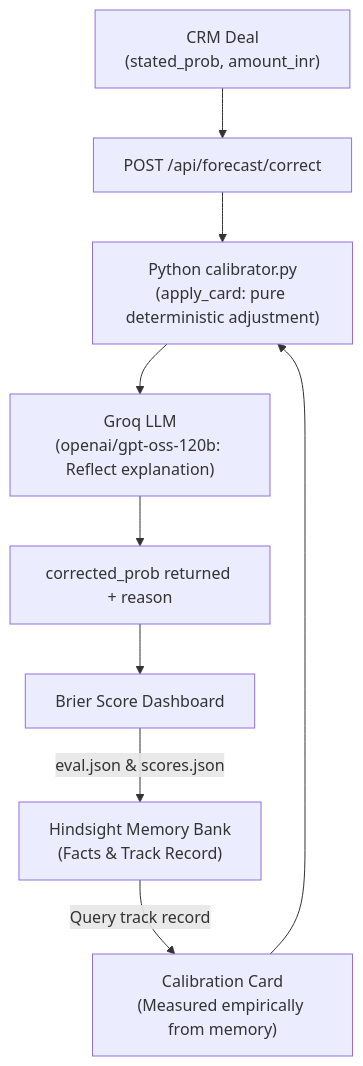
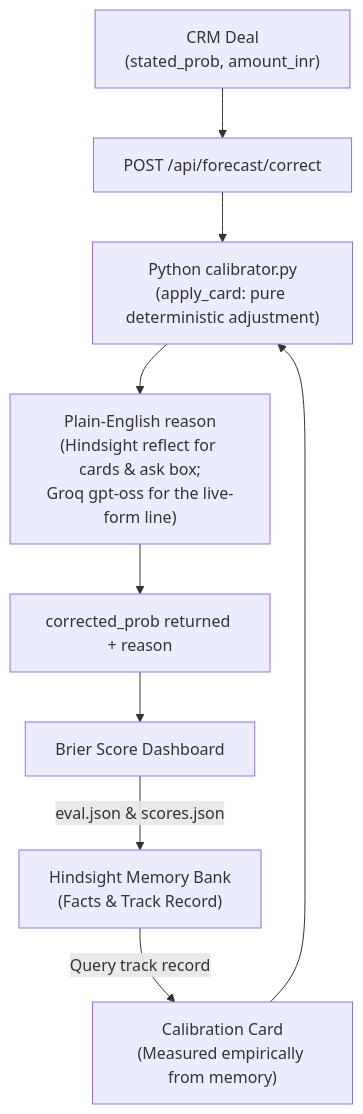
One commit to lwaheedcse2405f6-coder/Calibrate changed the diagram in README.md. Above: the diagram before and after it, drawn with Mermaid. The commit also changed 3 other files, not shown here.

````diff
--- a/README.md
+++ b/README.md
@@ -25,21 +25,21 @@
 ```mermaid
 graph TD
     A["CRM Deal\n(stated_prob, amount_inr)"]
     B["POST /api/forecast/correct"]
     C["Hindsight Memory Bank\n(Facts & Track Record)"]
     D["Calibration Card\n(Measured empirically from memory)"]
     E["Python calibrator.py\n(apply_card: pure deterministic adjustment)"]
-    F["Groq LLM\n(openai/gpt-oss-120b: Reflect explanation)"]
+    F["Plain-English reason\n(Hindsight reflect for cards & ask box;\nGroq gpt-oss for the live-form line)"]
     G["corrected_prob returned + reason"]
     H["Brier Score Dashboard"]
 
     A --> B
     B --> E
     C -- "Query track record" --> D
     D --> E
     E --> F
     F --> G
     G --> H
     H -- "eval.json & scores.json" --> C
 
 ```
````
